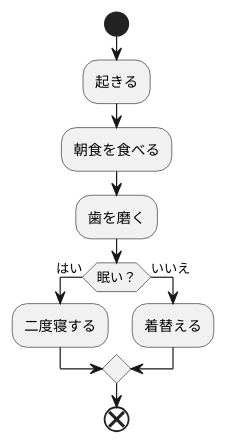
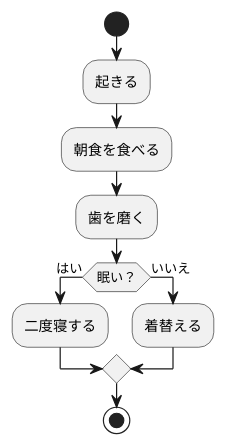
The diagram in mijitaku.md (aso2001362/2021sys-design), drawn with PlantUML before and after one commit.

````diff
--- a/mijitaku.md
+++ b/mijitaku.md
@@ -1,14 +1,14 @@
 ```uml
 @startuml
 start
 :起きる;
 :朝食を食べる;
 :歯を磨く;
 if(眠い？)then(はい)
 :二度寝する;
 else(いいえ)
 :着替える;
 endif
-end
+stop
 @enduml
 ```
````
